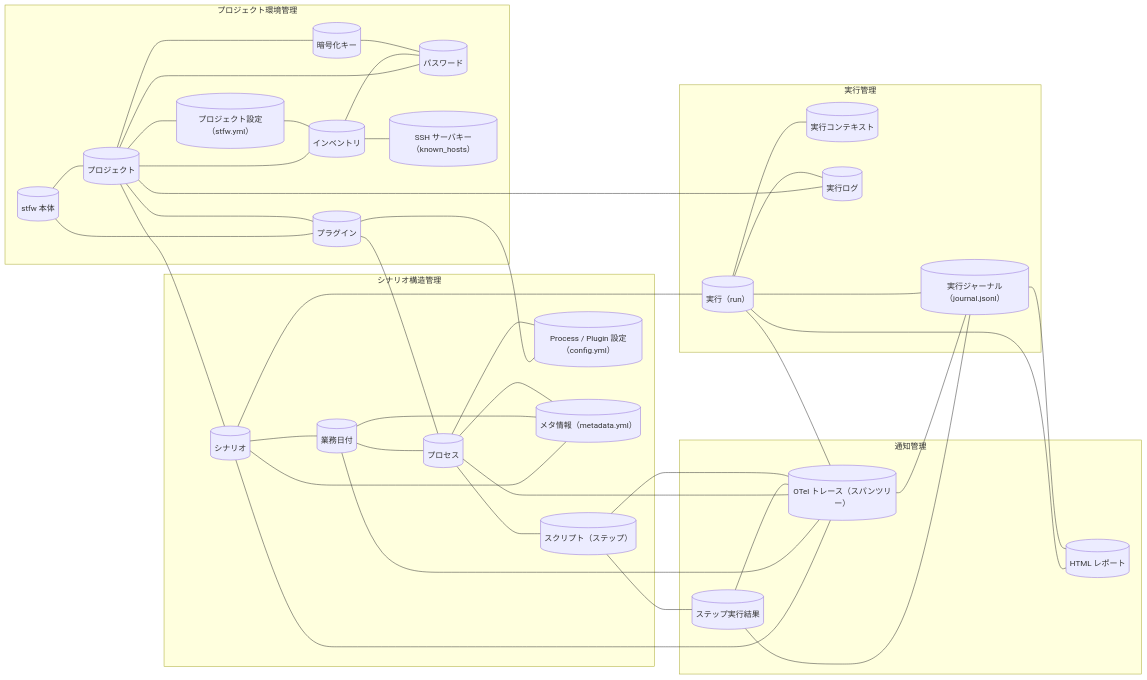
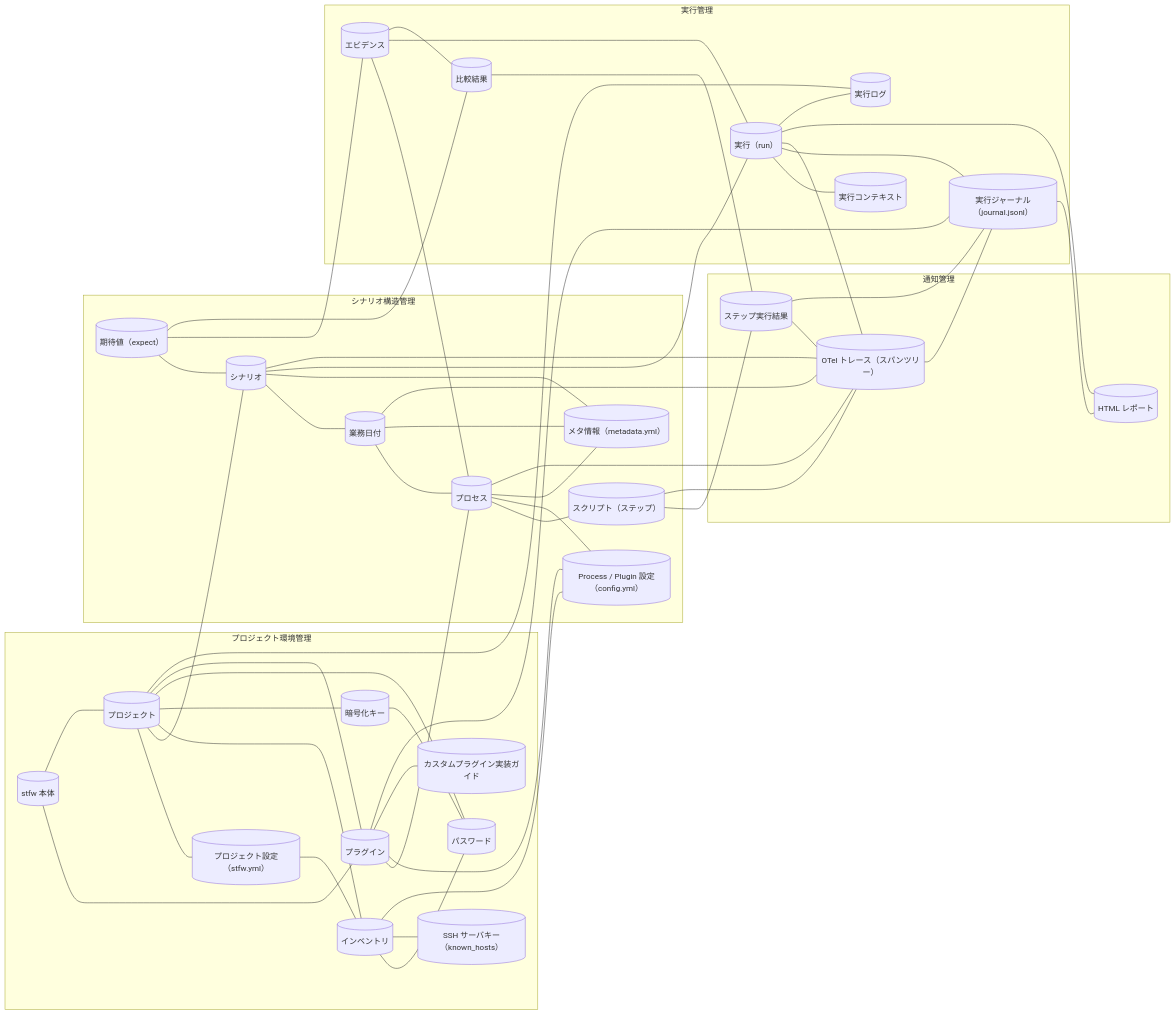
The diagram in docs/rdra/latest/views/05_情報モデル.md (scenario-test-framework/stfw), drawn with Mermaid before and after one commit. The commit also changed other lines of this file and 24 other files, not shown here.

````diff
--- a/docs/rdra/latest/views/05_情報モデル.md
+++ b/docs/rdra/latest/views/05_情報モデル.md
@@ -15,61 +15,75 @@
     IF6[("パスワード")]
     IF7[("プラグイン")]
     IF8[("SSH サーバキー（known_hosts）")]
+    IF9[("カスタムプラグイン実装ガイド")]
   end
   subgraph CX2["シナリオ構造管理"]
-    IF9[("シナリオ")]
-    IF10[("業務日付")]
-    IF11[("プロセス")]
-    IF12[("スクリプト（ステップ）")]
-    IF13[("Process / Plugin 設定（config.yml）")]
-    IF14[("メタ情報（metadata.yml）")]
+    IF10[("シナリオ")]
+    IF11[("業務日付")]
+    IF12[("プロセス")]
+    IF13[("スクリプト（ステップ）")]
+    IF14[("Process / Plugin 設定（config.yml）")]
+    IF15[("メタ情報（metadata.yml）")]
+    IF16[("期待値（expect）")]
   end
   subgraph CX3["実行管理"]
-    IF15[("実行（run）")]
-    IF16[("実行コンテキスト")]
-    IF17[("実行ログ")]
-    IF18[("実行ジャーナル（journal.jsonl）")]
+    IF17[("実行（run）")]
+    IF18[("実行コンテキスト")]
+    IF19[("実行ログ")]
+    IF20[("実行ジャーナル（journal.jsonl）")]
+    IF21[("エビデンス")]
+    IF22[("比較結果")]
   end
   subgraph CX4["通知管理"]
-    IF19[("ステップ実行結果")]
-    IF20[("OTel トレース（スパンツリー）")]
-    IF21[("HTML レポート")]
+    IF23[("ステップ実行結果")]
+    IF24[("OTel トレース（スパンツリー）")]
+    IF25[("HTML レポート")]
   end
   IF1 --- IF7
   IF1 --- IF2
   IF2 --- IF3
-  IF2 --- IF9
+  IF2 --- IF10
   IF2 --- IF4
   IF2 --- IF5
   IF2 --- IF6
   IF2 --- IF7
-  IF2 --- IF17
+  IF2 --- IF19
   IF3 --- IF4
   IF4 --- IF6
   IF4 --- IF8
+  IF4 --- IF14
   IF5 --- IF6
-  IF7 --- IF11
-  IF7 --- IF13
-  IF9 --- IF10
-  IF9 --- IF14
-  IF9 --- IF15
-  IF9 --- IF20
+  IF7 --- IF12
+  IF7 --- IF14
+  IF7 --- IF9
   IF10 --- IF11
-  IF10 --- IF14
-  IF10 --- IF20
+  IF10 --- IF15
+  IF10 --- IF17
+  IF10 --- IF24
   IF11 --- IF12
-  IF11 --- IF13
-  IF11 --- IF14
-  IF11 --- IF20
-  IF12 --- IF19
-  IF15 --- IF16
-  IF15 --- IF18
-  IF15 --- IF20
-  IF15 --- IF21
-  IF15 --- IF17
-  IF19 --- IF20
-  IF19 --- IF18
-  IF20 --- IF18
-  IF20 --- IF12
-  IF18 --- IF21
+  IF11 --- IF15
+  IF11 --- IF24
+  IF12 --- IF13
+  IF12 --- IF14
+  IF12 --- IF15
+  IF12 --- IF24
+  IF13 --- IF23
+  IF17 --- IF18
+  IF17 --- IF20
+  IF17 --- IF24
+  IF17 --- IF25
+  IF17 --- IF19
+  IF23 --- IF24
+  IF23 --- IF20
+  IF24 --- IF20
+  IF24 --- IF13
+  IF20 --- IF25
+  IF20 --- IF7
+  IF16 --- IF10
+  IF16 --- IF21
+  IF16 --- IF22
+  IF21 --- IF12
+  IF21 --- IF17
+  IF21 --- IF22
+  IF22 --- IF23
 ```
````
